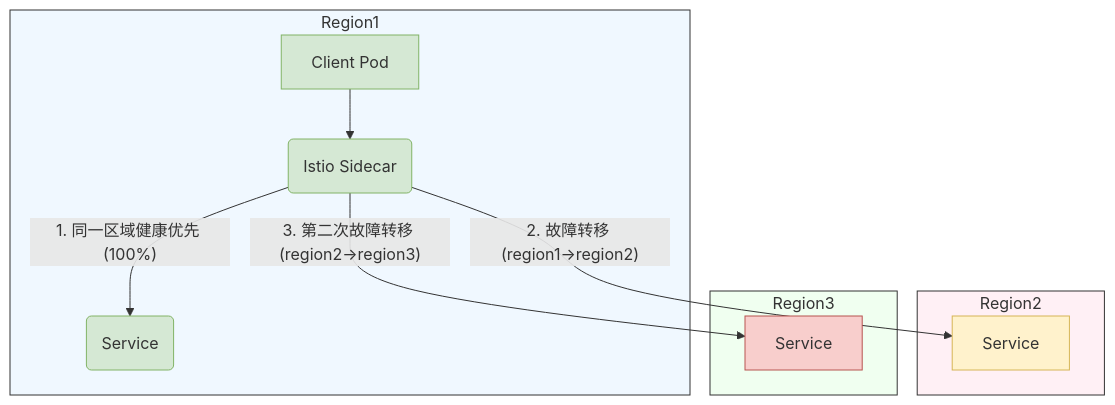
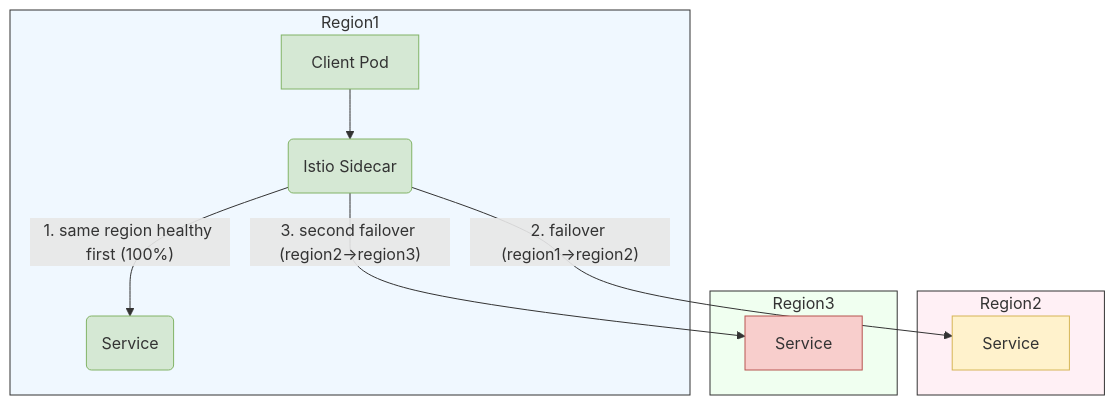
Before and after one commit to alauda/knowledge: the first of 2 diagrams in docs/zh/solutions/Install_Multi-Primary_Service_Mesh_on_Different_Networks.md, drawn with Mermaid. The commit also changed other lines of this file and 4 other files, not shown here.

````diff
--- a/docs/zh/solutions/Install_Multi-Primary_Service_Mesh_on_Different_Networks.md
+++ b/docs/zh/solutions/Install_Multi-Primary_Service_Mesh_on_Different_Networks.md
@@ -496,30 +499,30 @@
 ```mermaid
 graph TD
     subgraph Region1
         A[Client Pod] --> B(Istio Sidecar)
-        B -->|"1. 同一区域健康优先 (100%)"| C(Service)
+        B -->|"1. same region healthy first (100%)"| C(Service)
     end
 
     subgraph Region2
         D[Service]
     end
 
     subgraph Region3
         E[Service]
     end
 
-    B -->|"2. 故障转移 (region1→region2)"| D
-    B -->|"3. 第二次故障转移 (region2→region3)"| E
+    B -->|"2. failover (region1→region2)"| D
+    B -->|"3. second failover (region2→region3)"| E
 
     classDef green fill:#D5E8D4,stroke:#82B366;
     classDef yellow fill:#FFF2CC,stroke:#D6B656;
     classDef red fill:#F8CECC,stroke:#B85450;
 
     class A,B,C green
     class D yellow
     class E red
 
     style Region1 fill:#f0f8ff,stroke:#333
     style Region2 fill:#fff0f5,stroke:#333
     style Region3 fill:#f0fff0,stroke:#333
 ```
````
